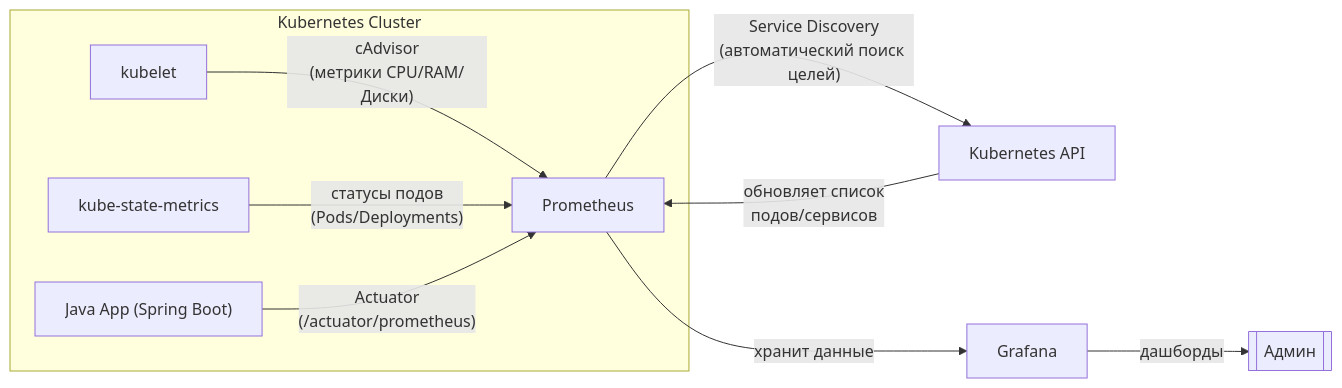
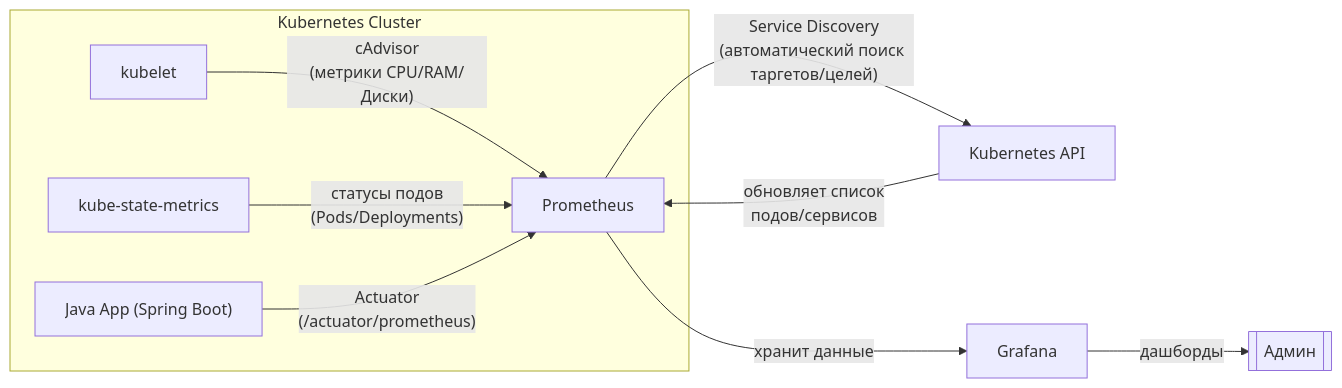
One commit to lamjob1993/kubernetes-monitoring changed the diagram in kubernetes/beggining/Legend.md. Above: the diagram before and after it, drawn with Mermaid.

````diff
--- a/kubernetes/beggining/Legend.md
+++ b/kubernetes/beggining/Legend.md
@@ -24,13 +24,13 @@
 ```mermaid
 flowchart LR
     subgraph Kubernetes Cluster
         kubelet -->|"cAdvisor\n(метрики CPU/RAM/Диски)"| Prometheus
         kube-state-metrics -->|"статусы подов\n(Pods/Deployments)"| Prometheus
         JavaApp["Java App (Spring Boot)"] -->|"Actuator\n(/actuator/prometheus)"| Prometheus
     end
 
-    Prometheus -->|"Service Discovery\n(автоматический поиск целей)"| KubernetesAPI["Kubernetes API"]
+    Prometheus -->|"Service Discovery\n(автоматический поиск таргетов/целей)"| KubernetesAPI["Kubernetes API"]
     KubernetesAPI -->|"обновляет список\nподов/сервисов"| Prometheus
     Prometheus -->|"хранит данные"| Grafana
     Grafana -->|"дашборды"| Admin[["Админ"]]
 ```
````
